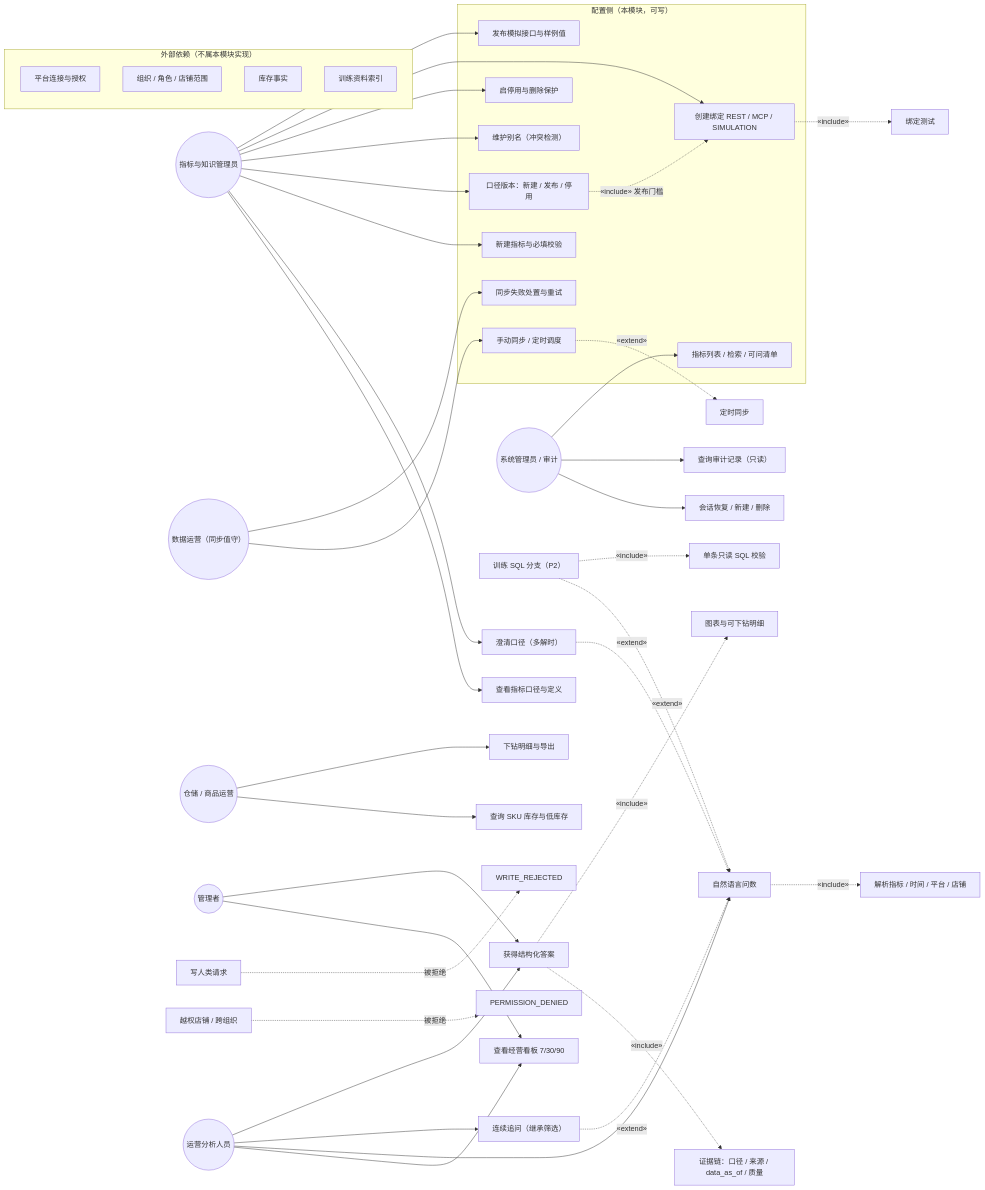
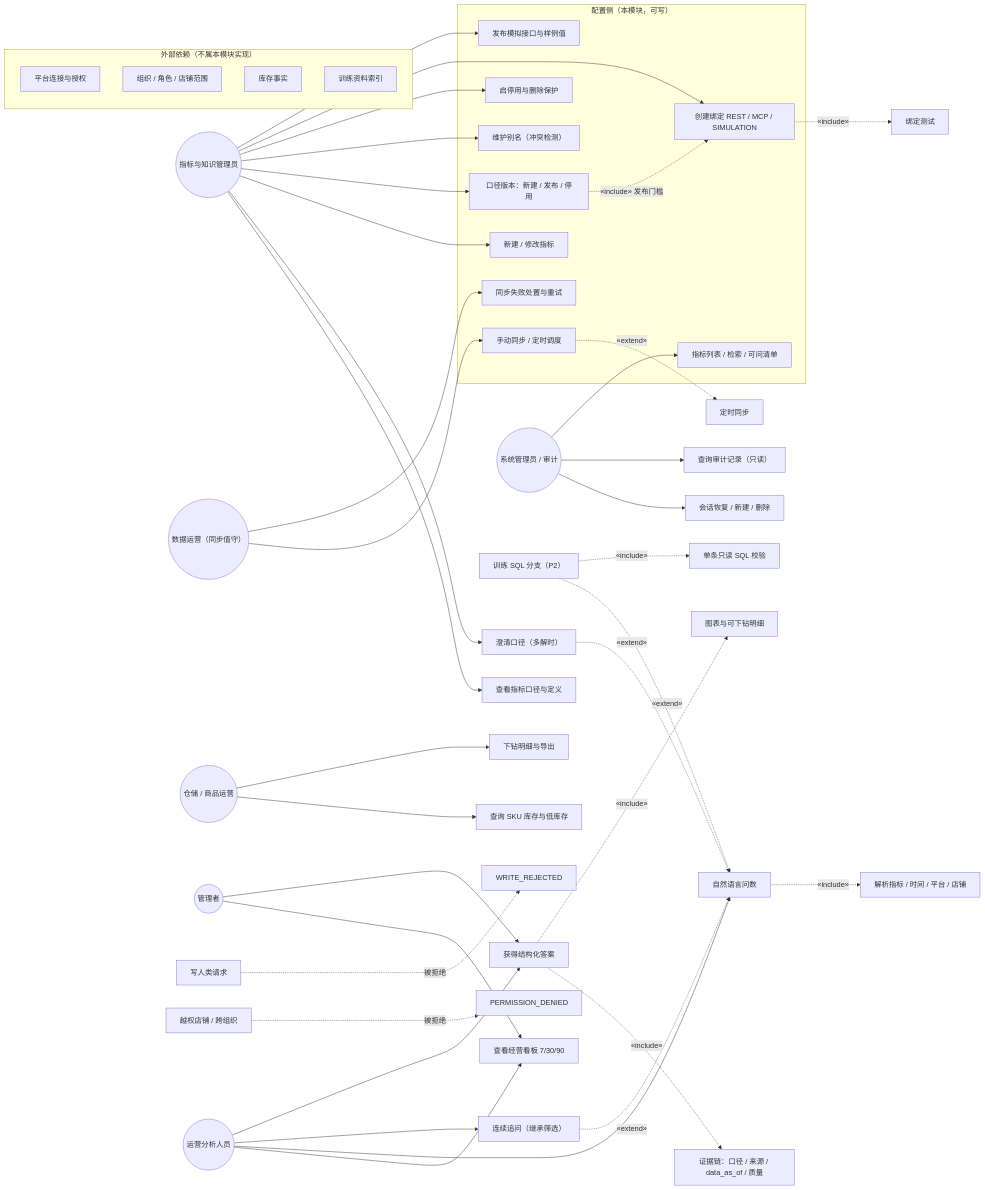
One commit to Spring-Chen25/AI-commerce changed the diagram in ai_ecommerce/docs/attachments/usecase-qa.mmd. Above: the diagram before and after it, drawn with Mermaid. The commit also changed 7 other files, not shown here.

```diff
--- a/ai_ecommerce/docs/attachments/usecase-qa.mmd
+++ b/ai_ecommerce/docs/attachments/usecase-qa.mmd
@@ -1,46 +1,46 @@
 %% 图 usecase-qa 智能问数用例图（Mermaid 源码；成图见 usecase-qa.svg / .png）
 flowchart LR
     A1((运营分析人员)) --> U1["查看经营看板 7/30/90"]
     A1 --> U2["自然语言问数"]
     A1 --> U3["连续追问（继承筛选）"]
     A1 --> U5["获得结构化答案"]
     A2((仓储 / 商品运营)) --> U6["查询 SKU 库存与低库存"]
     A2 --> U7["下钻明细与导出"]
     A3((指标与知识管理员)) --> U4["查看指标口径与定义"]
     A3 --> U8["澄清口径（多解时）"]
-    A3 --> C1["新建指标与必填校验"]
+    A3 --> C1["新建 / 修改指标"]
     A3 --> C2["口径版本：新建 / 发布 / 停用"]
     A3 --> C3["维护别名（冲突检测）"]
     A3 --> C4["启停用与删除保护"]
     A3 --> C5["创建绑定 REST / MCP / SIMULATION"]
     A3 --> C7["发布模拟接口与样例值"]
     D1((数据运营（同步值守）)) --> C6["手动同步 / 定时调度"]
     D1 --> C8["同步失败处置与重试"]
     M1((管理者)) --> U1
     M1 --> U5
     S1((系统管理员 / 审计)) --> U10["会话恢复 / 新建 / 删除"]
     S1 --> U11["查询审计记录（只读）"]
     S1 --> C9["指标列表 / 检索 / 可问清单"]
 
     U3 -.->|«extend»| U2
     U2 -.->|«include»| U12["解析指标 / 时间 / 平台 / 店铺"]
     U5 -.->|«include»| U13["证据链：口径 / 来源 / data_as_of / 质量"]
     U5 -.->|«include»| U14["图表与可下钻明细"]
     U8 -.->|«extend»| U2
     U15["训练 SQL 分支（P2）"] -.->|«extend»| U2
     U15 -.->|«include»| U16["单条只读 SQL 校验"]
     C2 -.->|«include» 发布门槛| C5
     C5 -.->|«include»| C51["绑定测试"]
     C6 -.->|«extend»| C61["定时同步"]
     U17["写人类请求"] -.->|被拒绝| U18["WRITE_REJECTED"]
     U19["越权店铺 / 跨组织"] -.->|被拒绝| U20["PERMISSION_DENIED"]
 
     subgraph CFG["配置侧（本模块，可写）"]
       C1; C2; C3; C4; C5; C6; C7; C8; C9
     end
     subgraph EXT["外部依赖（不属本模块实现）"]
       E1["平台连接与授权"]
       E2["组织 / 角色 / 店铺范围"]
       E3["库存事实"]
       E4["训练资料索引"]
     end
```
